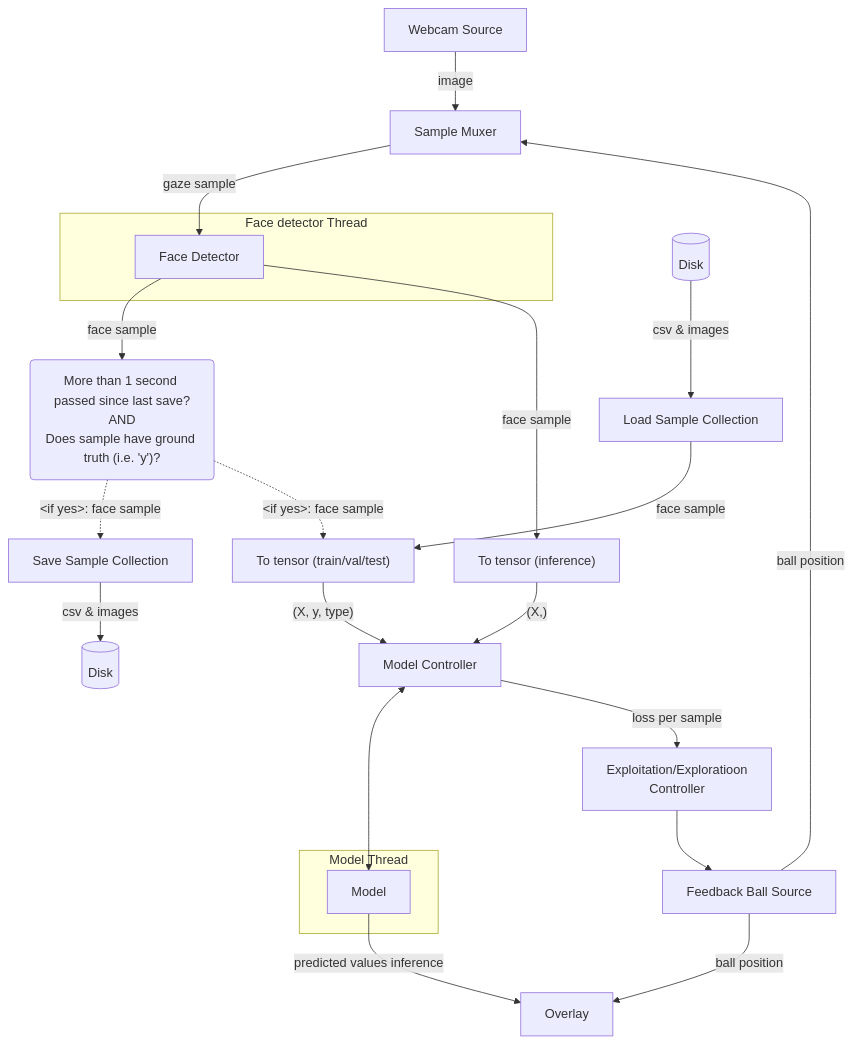
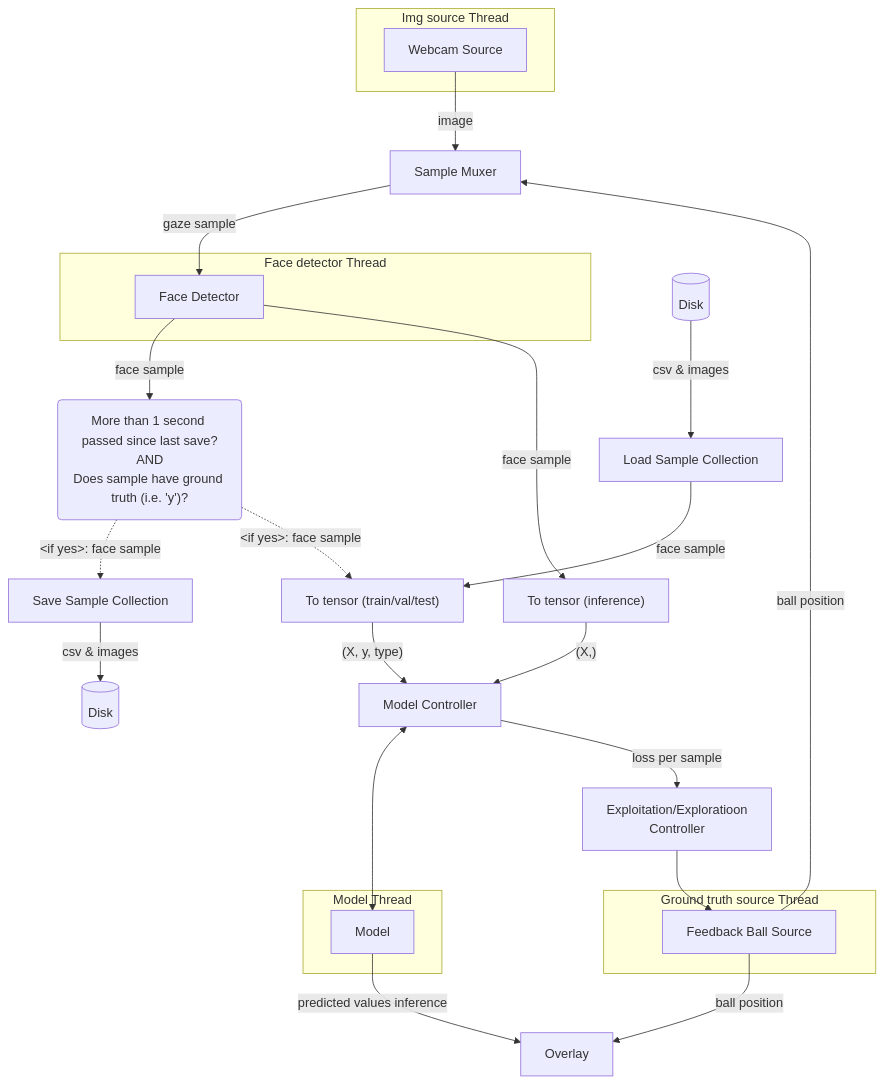
Before and after one commit to BertRamlot/FlexML: the diagram in examples/eye_tracker/README.md, drawn with Mermaid. The commit also changed other lines of this file and 11 other files, not shown here.

````diff
--- a/examples/eye_tracker/README.md
+++ b/examples/eye_tracker/README.md
@@ -48,40 +65,44 @@
 ```mermaid
 graph TD;
-    img_src[Webcam Source]
-    gt_src[Feedback Ball Source]
+    subgraph img_thread["Img source Thread"]
+        img_src[Webcam Source]
+    end
+    subgraph gt_thread["Ground truth source Thread"]
+        gt_src[Feedback Ball Source]
+    end
     sample_muxer[Sample Muxer]
     model_cntrl[Model Controller]
     subgraph model_thread["Model Thread"]
         model_ele[Model]
     end
     load_sample_coll[Load Sample Collection]
     save_sample_coll[Save Sample Collection]
     subgraph face_detector_thread["Face detector Thread"]
         gaze_to_face_convertor[Face Detector]
     end
     overlay[Overlay]
     as_train_sample[To tensor &#40train/val/test&#41]
     as_inference_sample[To tensor &#40inference&#41]
     explor_exploit[Exploitation/Exploratioon\nController]
     disk_input[(Disk)]
     disk_output[(Disk)]
     sample_filter(More than 1 second passed since last save?\nAND\nDoes sample have ground truth &#40i.e. 'y'&#41?)
 
     img_src-->|image|sample_muxer
     gt_src-->|ball position|sample_muxer
     gt_src-->|ball position|overlay
     sample_muxer-->|gaze sample|gaze_to_face_convertor
     gaze_to_face_convertor-->|face sample|sample_filter
     sample_filter-.->|&#60if yes&#62: face sample|save_sample_coll
     sample_filter-.->|&#60if yes&#62: face sample|as_train_sample
     gaze_to_face_convertor-->|face sample|as_inference_sample
     save_sample_coll-->|csv & images|disk_output
     disk_input-->|csv & images|load_sample_coll
     load_sample_coll-->|face sample|as_train_sample
     as_train_sample-->|&#40X, y, type&#41|model_cntrl
     as_inference_sample-->|&#40X,&#41|model_cntrl
     model_cntrl<-->model_ele
     model_cntrl-->|loss per sample|explor_exploit
     explor_exploit-->gt_src
     model_ele-->|predicted values inference|overlay
 ```
````
